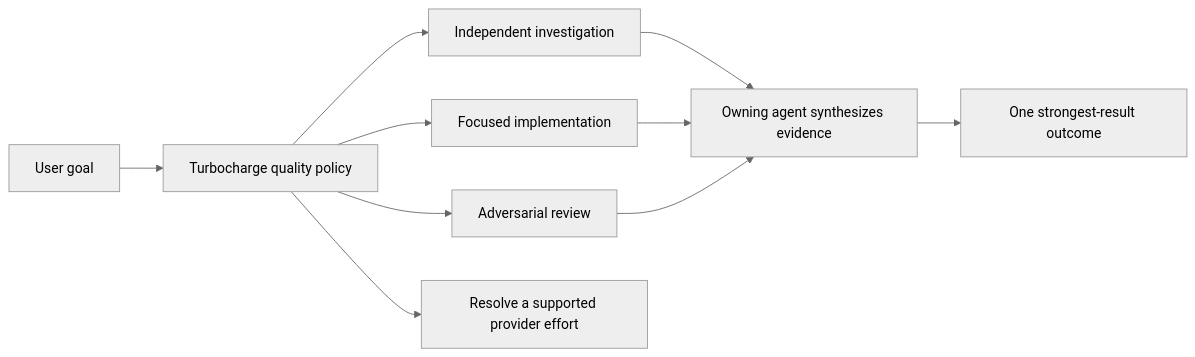
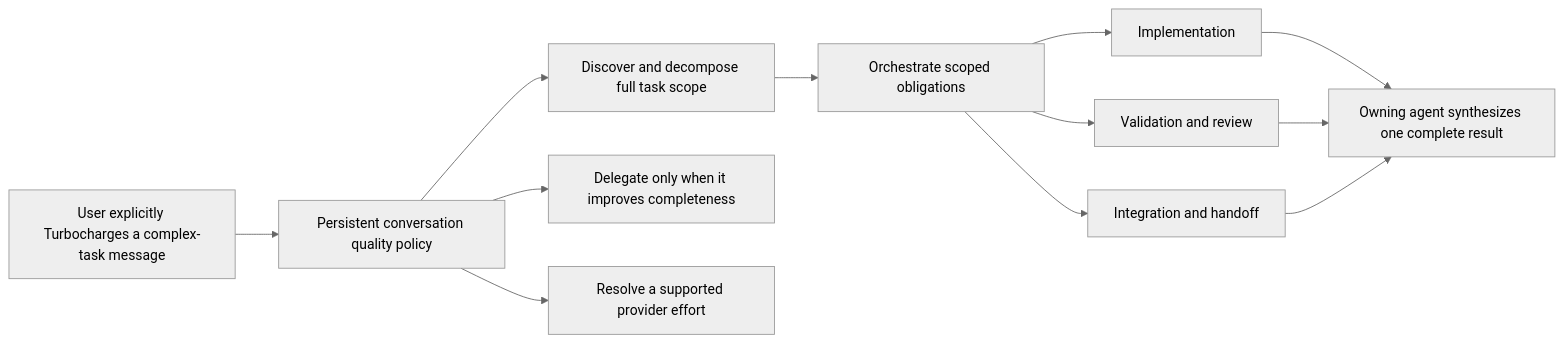
One commit to scottopell/phoenix-ide changed the diagram in tasks/97004-p2-ready--evaluate-ultra-mode-for-phoenix-turbocha.md. Above: the diagram before and after it, drawn with Mermaid (neutral theme). The commit also changed other lines of this file, not shown here.

Commit message:
tasks: define Turbocharge activation and scope goal

````diff
--- a/tasks/97004-p2-ready--evaluate-ultra-mode-for-phoenix-turbocha.md
+++ b/tasks/97004-p2-ready--evaluate-ultra-mode-for-phoenix-turbocha.md
@@ -35,12 +39,14 @@
 ```mermaid
 flowchart LR
-    G["User goal"] --> T["Turbocharge quality policy"]
-    T --> I["Independent investigation"]
-    T --> W["Focused implementation"]
-    T --> R["Adversarial review"]
-    I --> S["Owning agent synthesizes evidence"]
-    W --> S
-    R --> S
-    S --> O["One strongest-result outcome"]
-    T --> E["Resolve a supported provider effort"]
+    M["User explicitly Turbocharges a complex-task message"] --> T["Persistent conversation quality policy"]
+    T --> D["Discover and decompose full task scope"]
+    D --> O["Orchestrate scoped obligations"]
+    O --> I["Implementation"]
+    O --> V["Validation and review"]
+    O --> H["Integration and handoff"]
+    I --> S["Owning agent synthesizes one complete result"]
+    V --> S
+    H --> S
+    T --> E["Delegate only when it improves completeness"]
+    T --> P["Resolve a supported provider effort"]
 ```
````
